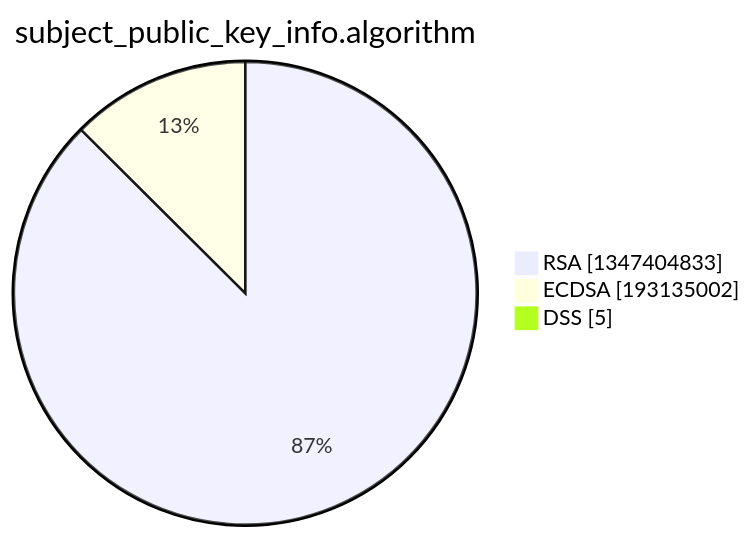
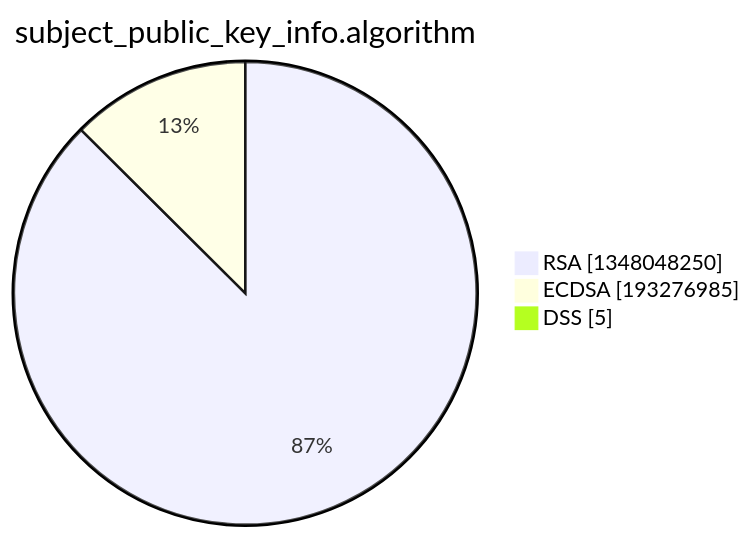
Before and after one commit to christiankrug/ctmonitor_visualization: the third of 15 diagrams in xenon2022/README.md, drawn with Mermaid. The commit also changed other lines of this file, not shown here.

````diff
--- a/xenon2022/README.md
+++ b/xenon2022/README.md
@@ -14,7 +14,7 @@
 ```mermaid
 pie showData
 title subject_public_key_info.algorithm
-"RSA" :1347404833
-"ECDSA" :193135002
+"RSA" :1348048250
+"ECDSA" :193276985
 "DSS" :5
 ```
````
